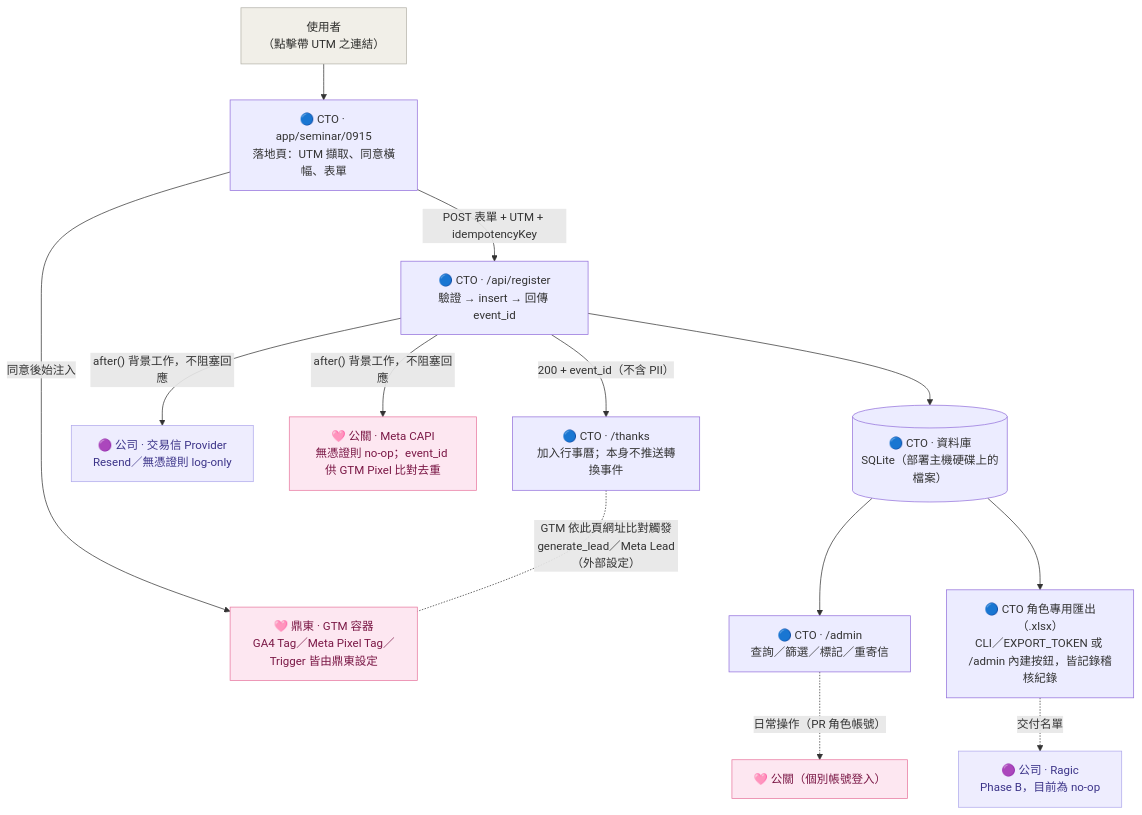
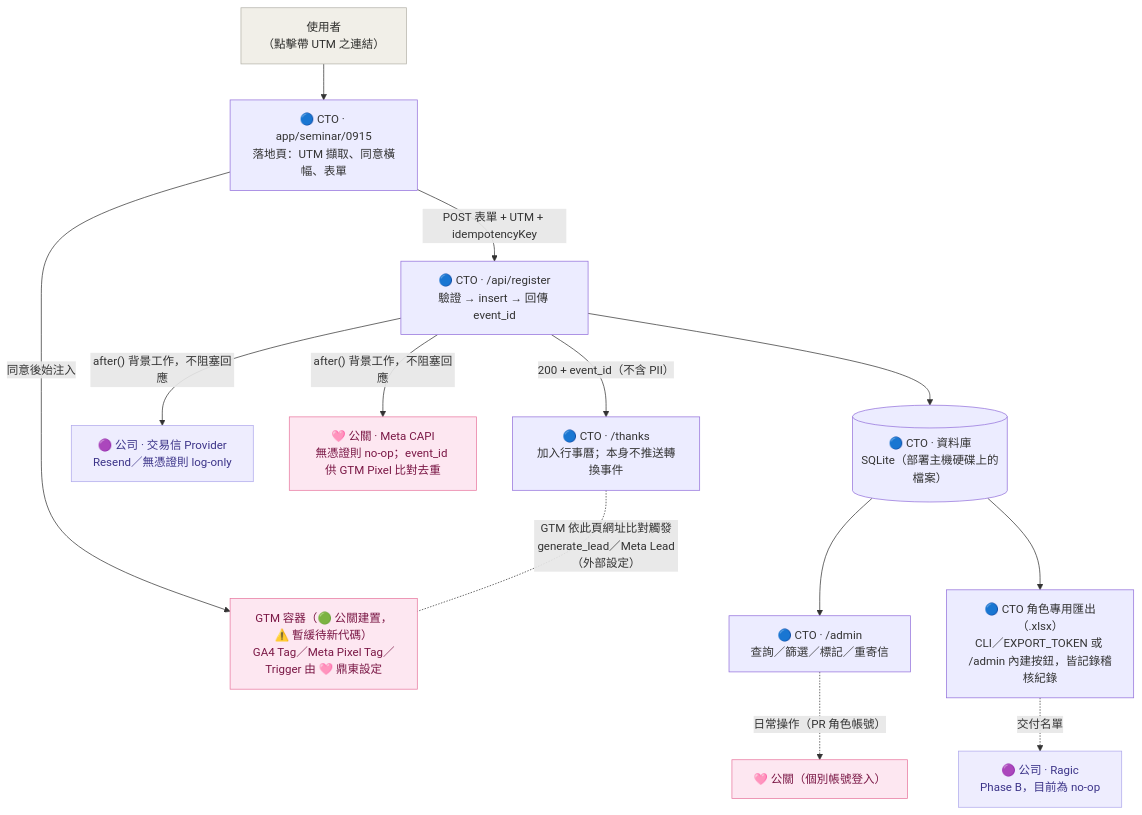
One commit to cawu-ii/agatha-seminar-0915 changed the diagram in README.md. Above: the diagram before and after it, drawn with Mermaid. The commit also changed other lines of this file, not shown here.

First line of the commit message:
docs: split GTM container vs GA4/Meta Pixel ownership (公關 vs 鼎東)

````diff
--- a/README.md
+++ b/README.md
@@ -104,20 +105,20 @@
 ```mermaid
 flowchart TD
   U["使用者<br/>（點擊帶 UTM 之連結）"]:::ext
   U --> LP["🔵 CTO · app/seminar/0915<br/>落地頁：UTM 擷取、同意橫幅、表單"]
-  LP -->|"同意後始注入"| GTM["🩷 鼎東 · GTM 容器<br/>GA4 Tag／Meta Pixel Tag／Trigger 皆由鼎東設定"]:::pr
+  LP -->|"同意後始注入"| GTM["GTM 容器（🟢 公關建置，⚠️ 暫緩待新代碼）<br/>GA4 Tag／Meta Pixel Tag／Trigger 由 🩷 鼎東設定"]:::pr
   LP -->|"POST 表單 + UTM + idempotencyKey"| API["🔵 CTO · /api/register<br/>驗證 → insert → 回傳 event_id"]
   API --> DB[("🔵 CTO · 資料庫<br/>SQLite（部署主機硬碟上的檔案）")]
   API -->|"after() 背景工作，不阻塞回應"| MAIL["🟣 公司 · 交易信 Provider<br/>Resend／無憑證則 log-only"]:::company
   API -->|"after() 背景工作，不阻塞回應"| META["🩷 公關 · Meta CAPI<br/>無憑證則 no-op；event_id 供 GTM Pixel 比對去重"]:::pr
   API -->|"200 + event_id（不含 PII）"| THX["🔵 CTO · /thanks<br/>加入行事曆；本身不推送轉換事件"]
   THX -.-|"GTM 依此頁網址比對觸發<br/>generate_lead／Meta Lead（外部設定）"| GTM
   DB --> ADMIN["🔵 CTO · /admin<br/>查詢／篩選／標記／重寄信"]
   ADMIN -.日常操作（PR 角色帳號）.-> PRUSER["🩷 公關（個別帳號登入）"]:::pr
   DB --> EXPORT["🔵 CTO 角色專用匯出（.xlsx）<br/>CLI／EXPORT_TOKEN 或 /admin 內建按鈕，皆記錄稽核紀錄"]
   EXPORT -.交付名單.-> RAGIC["🟣 公司 · Ragic<br/>Phase B，目前為 no-op"]:::company
 
   classDef ext fill:#F1EFE8,stroke:#B4B2A9,color:#2C2C2A;
   classDef pr fill:#FDE7F1,stroke:#E8779E,color:#7A1745;
   classDef company fill:#EEEDFE,stroke:#AFA9EC,color:#3C3489;
 ```
````
